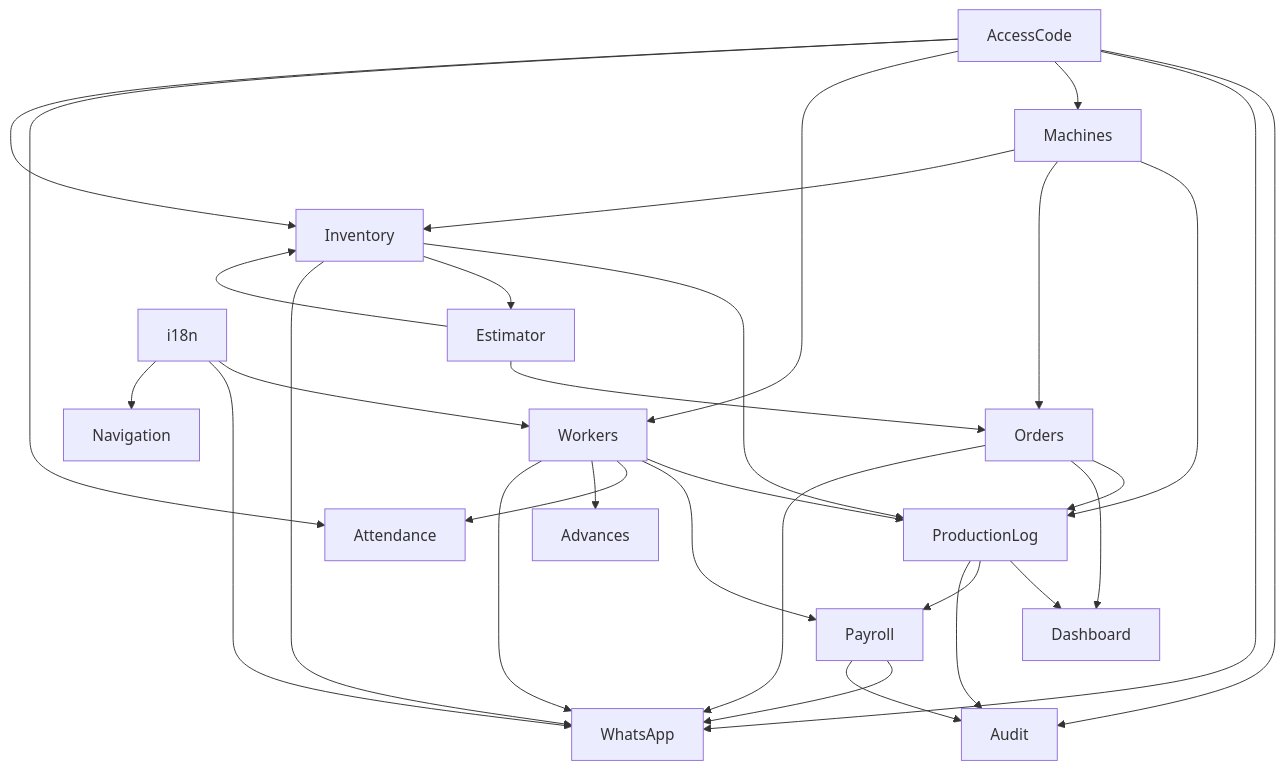
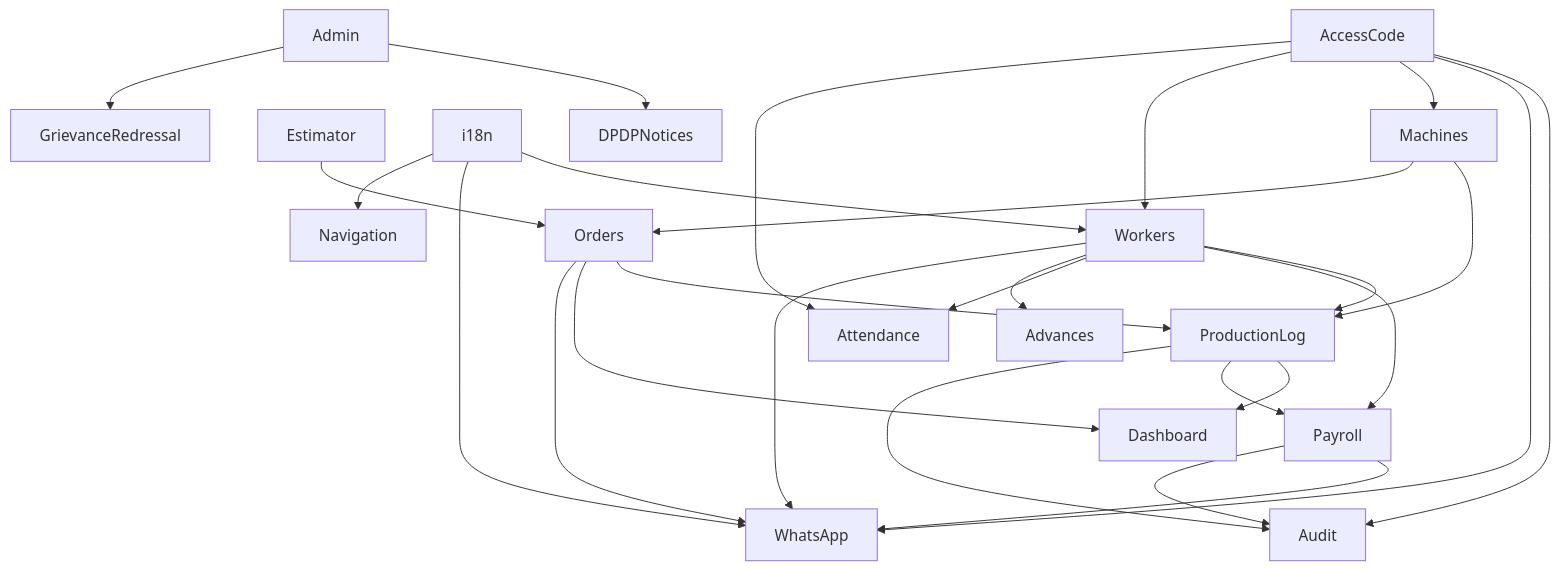
One commit to Rajp2002/TextileAccounting changed the diagram in FEATURE_ANALYSIS_PART2.md. Above: the diagram before and after it, drawn with Mermaid. The commit also changed other lines of this file and 32 other files, not shown here.

````diff
--- a/FEATURE_ANALYSIS_PART2.md
+++ b/FEATURE_ANALYSIS_PART2.md
@@ -729,41 +723,37 @@
 ```mermaid
 graph TD
     Workers       --> ProductionLog
     Workers       --> Payroll
     Workers       --> Attendance
     Workers       --> Advances
     Workers       --> WhatsApp
 
     Machines      --> ProductionLog
     Machines      --> Orders
-    Machines      --> Inventory
-
-    Inventory     --> ProductionLog
-    Inventory     --> Estimator
-    Inventory     --> WhatsApp
 
     Orders        --> ProductionLog
     Orders        --> Dashboard
     Orders        --> WhatsApp
 
     ProductionLog --> Dashboard
     ProductionLog --> Payroll
     ProductionLog --> Audit
 
     Payroll       --> WhatsApp
     Payroll       --> Audit
 
     AccessCode    --> Audit
     AccessCode    --> WhatsApp
     AccessCode    --> Machines
     AccessCode    --> Workers
     AccessCode    --> Attendance
-    AccessCode    --> Inventory
 
     Estimator     --> Orders
-    Estimator     --> Inventory
 
     i18n          --> Workers
     i18n          --> WhatsApp
     i18n          --> Navigation
+    
+    Admin         --> DPDPNotices
+    Admin         --> GrievanceRedressal
 ```
````
